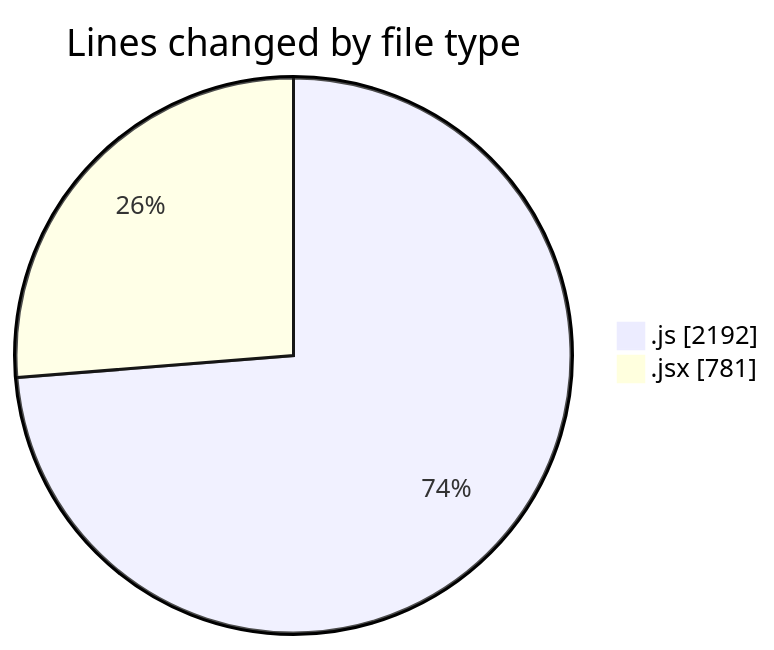
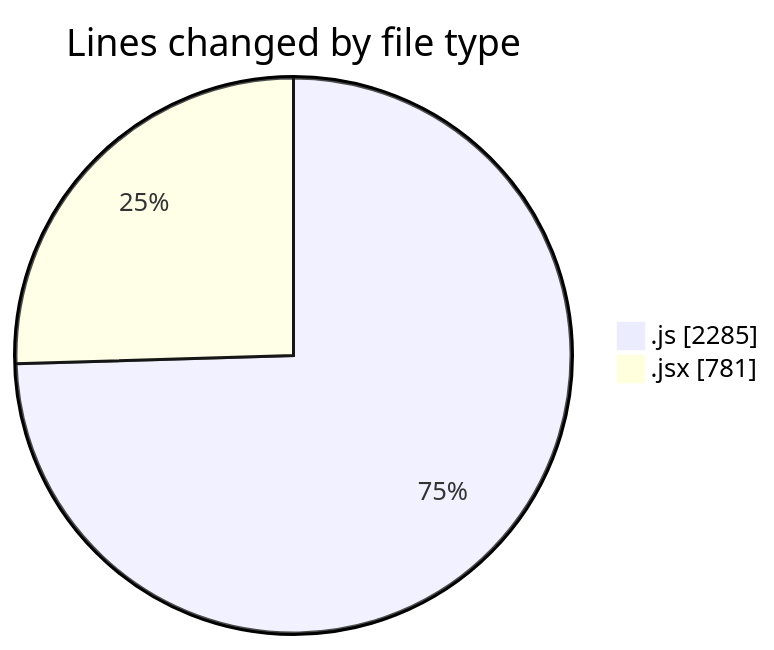
One commit to nxtqubesakshisongat/code-tracking changed the first of 2 diagrams in 2025-09-11/nxtqube_webapp/README.md. Above: the diagram before and after it, drawn with Mermaid. The commit also changed other lines of this file and 1 other file, not shown here.

````diff
--- a/2025-09-11/nxtqube_webapp/README.md
+++ b/2025-09-11/nxtqube_webapp/README.md
@@ -26,6 +27,6 @@
 ```mermaid
 pie showData
 title Lines changed by file type
-".js" : 2192
+".js" : 2285
 ".jsx" : 781
 ```
````
